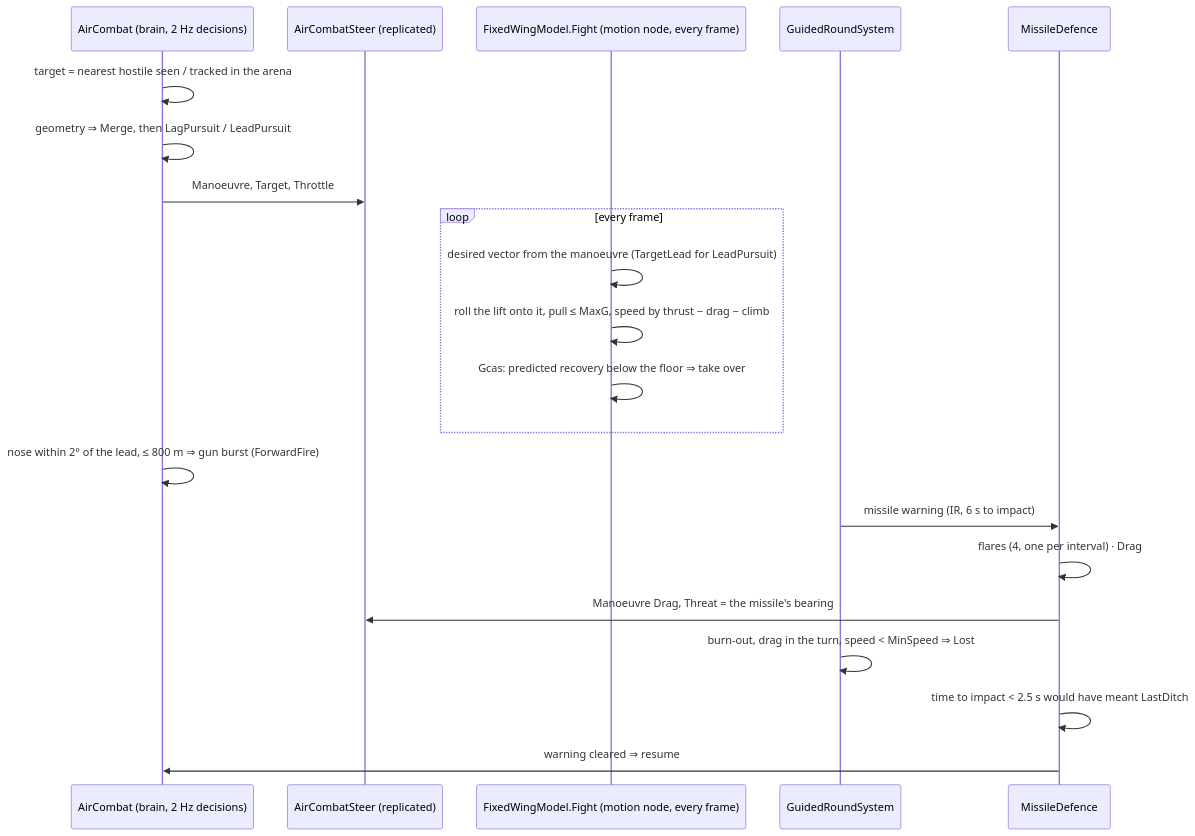
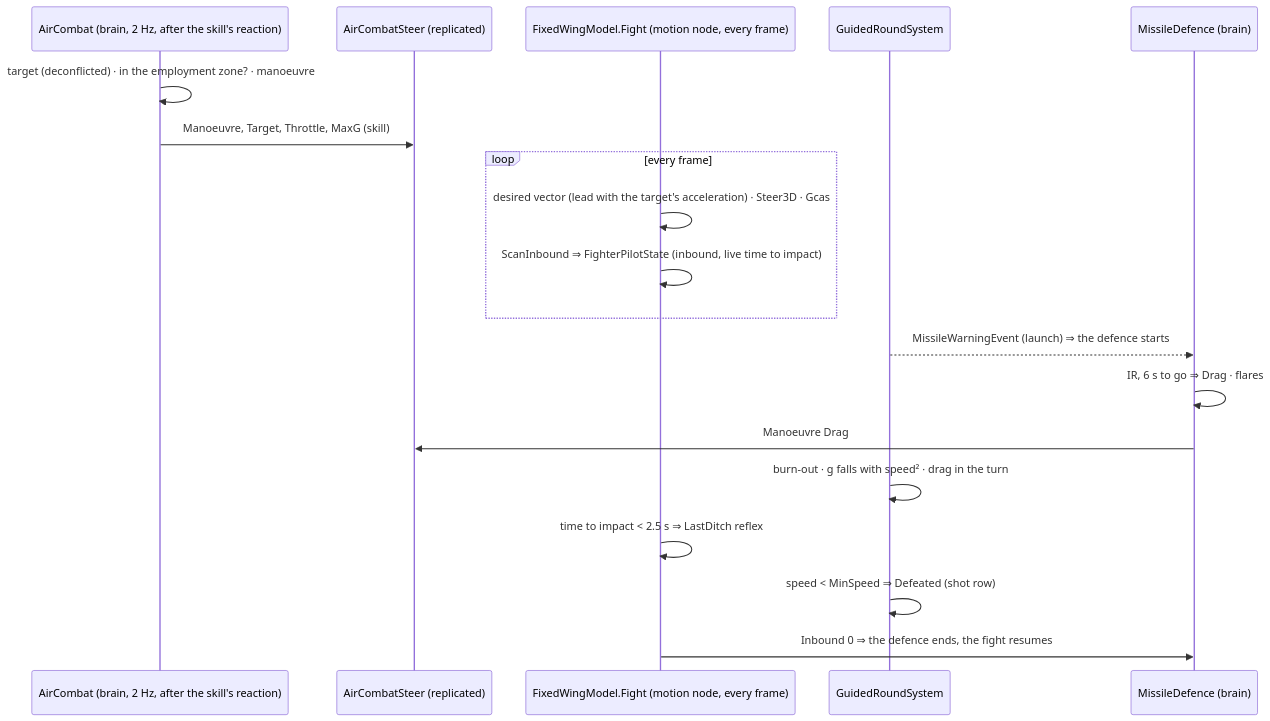
Before and after one commit to pjanec/HROT: the third of 3 diagrams in docs/designs/air-attack/DESIGN_Air_Combat.md, drawn with Mermaid. The commit also changed other lines of this file and 9 other files, not shown here.

First line of the commit message:
design: air combat review folded (R-4284) — READY-TO-BUILD; the air lane and its id blocks; reciprocal links

````diff
--- a/docs/designs/air-attack/DESIGN_Air_Combat.md
+++ b/docs/designs/air-attack/DESIGN_Air_Combat.md
@@ -171,23 +186,21 @@
 ```mermaid
 sequenceDiagram
-  participant B as AirCombat (brain, 2 Hz decisions)
+  participant B as AirCombat (brain, 2 Hz, after the skill's reaction)
   participant S as AirCombatSteer (replicated)
   participant F as FixedWingModel.Fight (motion node, every frame)
   participant G as GuidedRoundSystem
-  participant D as MissileDefence
-  B->>B: target = nearest hostile seen / tracked in the arena
-  B->>B: geometry ⇒ Merge, then LagPursuit / LeadPursuit
-  B->>S: Manoeuvre, Target, Throttle
+  participant D as MissileDefence (brain)
+  B->>B: target (deconflicted) · in the employment zone? · manoeuvre
+  B->>S: Manoeuvre, Target, Throttle, MaxG (skill)
   loop every frame
-    F->>F: desired vector from the manoeuvre (TargetLead for LeadPursuit)
-    F->>F: roll the lift onto it, pull ≤ MaxG, speed by thrust − drag − climb
-    F->>F: Gcas: predicted recovery below the floor ⇒ take over
+    F->>F: desired vector (lead with the target's acceleration) · Steer3D · Gcas
+    F->>F: ScanInbound ⇒ FighterPilotState (inbound, live time to impact)
   end
-  B->>B: nose within 2° of the lead, ≤ 800 m ⇒ gun burst (ForwardFire)
-  G->>D: missile warning (IR, 6 s to impact)
-  D->>D: flares (4, one per interval) · Drag
-  D->>S: Manoeuvre Drag, Threat = the missile's bearing
-  G->>G: burn-out, drag in the turn, speed < MinSpeed ⇒ Lost
-  D->>D: time to impact < 2.5 s would have meant LastDitch
-  D->>B: warning cleared ⇒ resume
+  G-->>D: MissileWarningEvent (launch) ⇒ the defence starts
+  D->>D: IR, 6 s to go ⇒ Drag · flares
+  D->>S: Manoeuvre Drag
+  G->>G: burn-out · g falls with speed² · drag in the turn
+  F->>F: time to impact < 2.5 s ⇒ LastDitch reflex
+  G->>G: speed < MinSpeed ⇒ Defeated (shot row)
+  F->>D: Inbound 0 ⇒ the defence ends, the fight resumes
 ```
````
